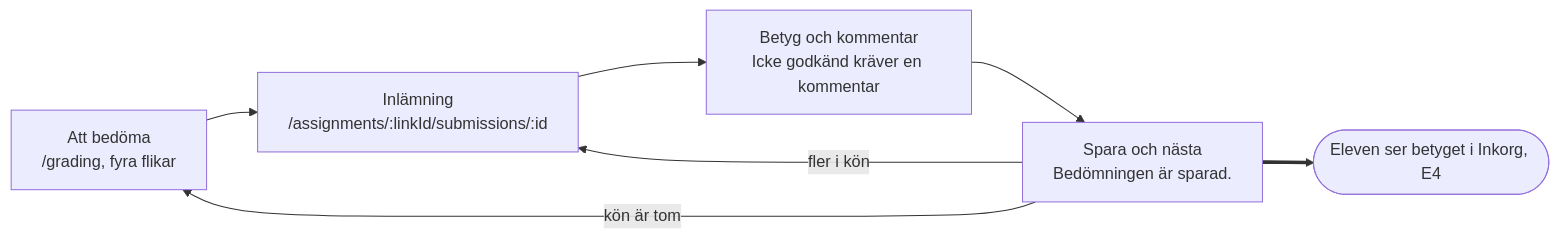
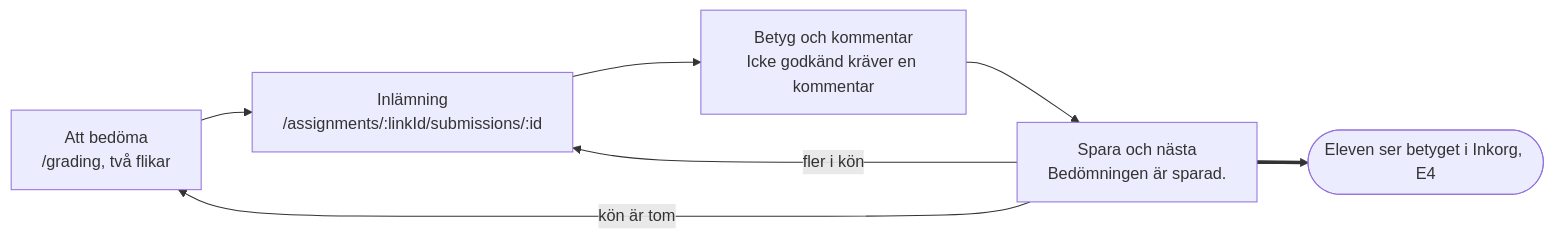
The eighth of 13 diagrams in docs/roller-och-floden.md (discovicke/Larka), drawn with Mermaid before and after one commit. The commit also changed other lines of this file and 108 other files, not shown here.

````diff
--- a/docs/roller-och-floden.md
+++ b/docs/roller-och-floden.md
@@ -208,9 +235,9 @@
 ```mermaid
 flowchart LR
-    A["Att bedöma<br/>/grading, fyra flikar"] --> B["Inlämning<br/>/assignments/:linkId/submissions/:id"]
+    A["Att bedöma<br/>/grading, två flikar"] --> B["Inlämning<br/>/assignments/:linkId/submissions/:id"]
     B --> C["Betyg och kommentar<br/>Icke godkänd kräver en kommentar"]
     C --> D["Spara och nästa<br/>Bedömningen är sparad."]
     D -->|"fler i kön"| B
     D -->|"kön är tom"| A
     D ==> E(["Eleven ser betyget i Inkorg, E4"])
 ```
````
